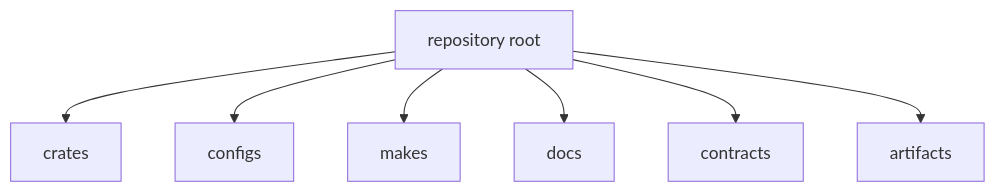
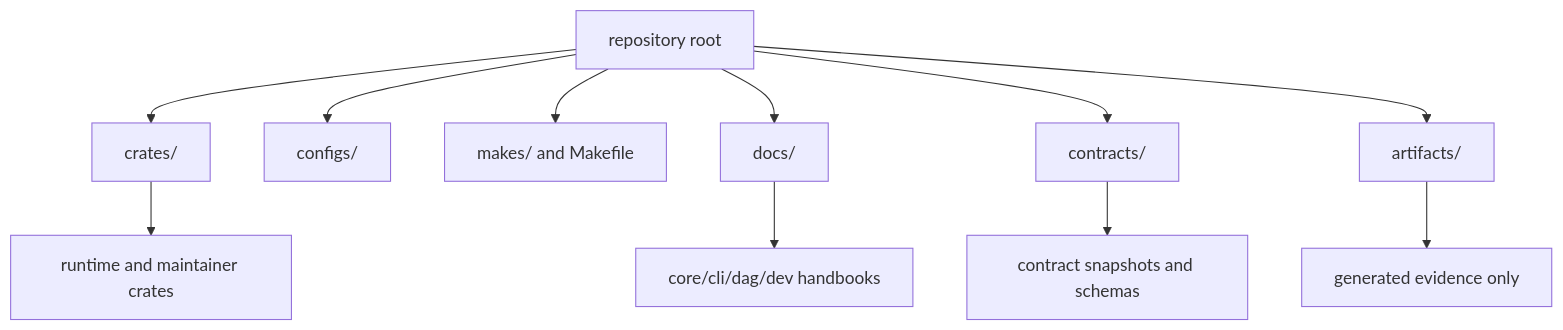
Before and after one commit to bijux/bijux-cli: the diagram in docs/bijux-core/architecture/workspace-topology.md, drawn with Mermaid.

Commit message:
docs(bijux-core): expand workspace topology diagram with directory intent

````diff
--- a/docs/bijux-core/architecture/workspace-topology.md
+++ b/docs/bijux-core/architecture/workspace-topology.md
@@ -17,9 +17,15 @@
 ```mermaid
 flowchart TD
-    root[repository root] --> crates[crates]
-    root --> configs[configs]
-    root --> makes[makes]
-    root --> docs[docs]
-    root --> contracts[contracts]
-    root --> artifacts[artifacts]
+    root[repository root]
+    root --> crates[crates/]
+    root --> configs[configs/]
+    root --> makes[makes/ and Makefile]
+    root --> docs[docs/]
+    root --> contracts[contracts/]
+    root --> artifacts[artifacts/]
+
+    crates --> runtime[runtime and maintainer crates]
+    docs --> programs[core/cli/dag/dev handbooks]
+    contracts --> api[contract snapshots and schemas]
+    artifacts --> generated[generated evidence only]
 ```
````
